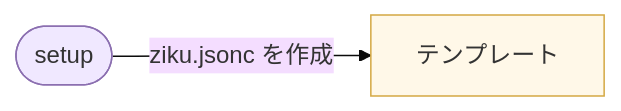
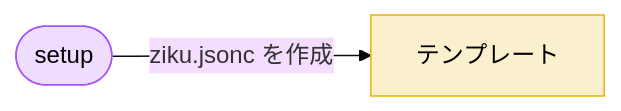
Before and after one commit to tktcorporation/zenn-contents: the second of 6 diagrams in articles/ziku-bidirectional-template-manager.md, drawn with Mermaid (base theme). The commit also changed other lines of this file, not shown here.

First line of the commit message:
ziku記事: 見出しレベル調整、Mermaid色をダークモード対応に

````diff
--- a/articles/ziku-bidirectional-template-manager.md
+++ b/articles/ziku-bidirectional-template-manager.md
@@ -83,6 +84,9 @@
 ```mermaid
 graph LR
     CMD([setup]) -->|ziku.jsonc を作成| T["テンプレート"]
-    style CMD fill:#f0e8ff,stroke:#8b6fb0
-    style T fill:#fff8e8,stroke:#d4a843
+
+    classDef tpl fill:#eab30833,stroke:#eab308,color:inherit
+    classDef cmd fill:#a855f733,stroke:#a855f7,color:inherit
+    class T tpl
+    class CMD cmd
 ```
````
